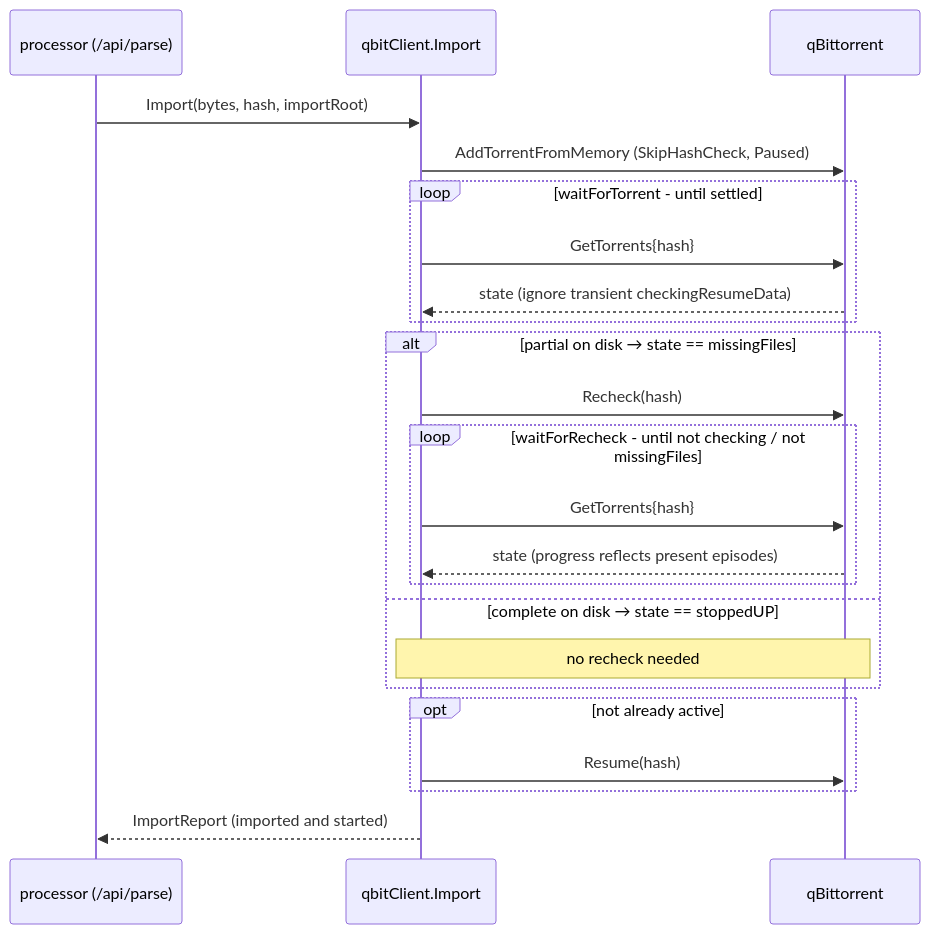
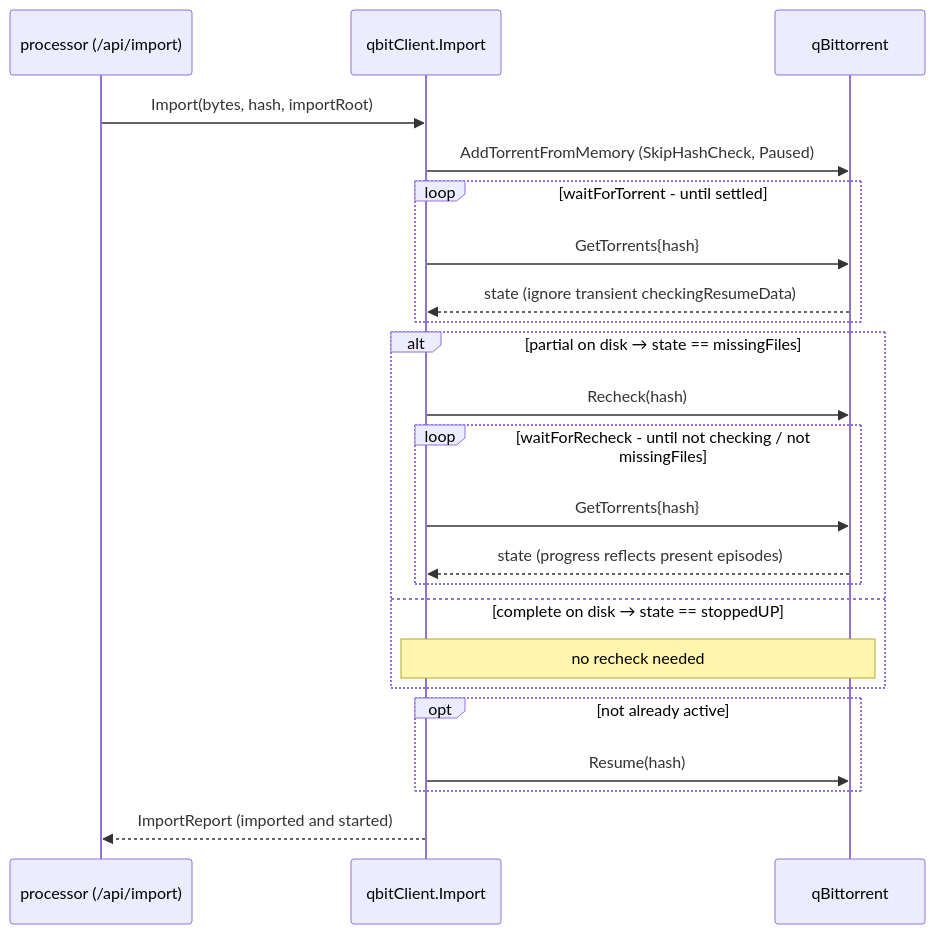
One commit to nuxencs/seasonpackarr changed the second of 2 diagrams in docs/design-docs/qbittorrent-import-flow.md. Above: the diagram before and after it, drawn with Mermaid. The commit also changed other lines of this file and 37 other files, not shown here.

Commit message:
refactor(api)!: name endpoints for matching and import (#260)

````diff
--- a/docs/design-docs/qbittorrent-import-flow.md
+++ b/docs/design-docs/qbittorrent-import-flow.md
@@ -57,26 +57,26 @@
 ```mermaid
 sequenceDiagram
-    participant P as processor (/api/parse)
+    participant P as processor (/api/import)
     participant A as qbitClient.Import
     participant Q as qBittorrent
 
     P->>A: Import(bytes, hash, importRoot)
     A->>Q: AddTorrentFromMemory (SkipHashCheck, Paused)
     loop waitForTorrent - until settled
         A->>Q: GetTorrents{hash}
         Q-->>A: state (ignore transient checkingResumeData)
     end
     alt partial on disk → state == missingFiles
         A->>Q: Recheck(hash)
         loop waitForRecheck - until not checking / not missingFiles
             A->>Q: GetTorrents{hash}
             Q-->>A: state (progress reflects present episodes)
         end
     else complete on disk → state == stoppedUP
         Note over A,Q: no recheck needed
     end
     opt not already active
         A->>Q: Resume(hash)
     end
     A-->>P: ImportReport (imported and started)
 ```
````
